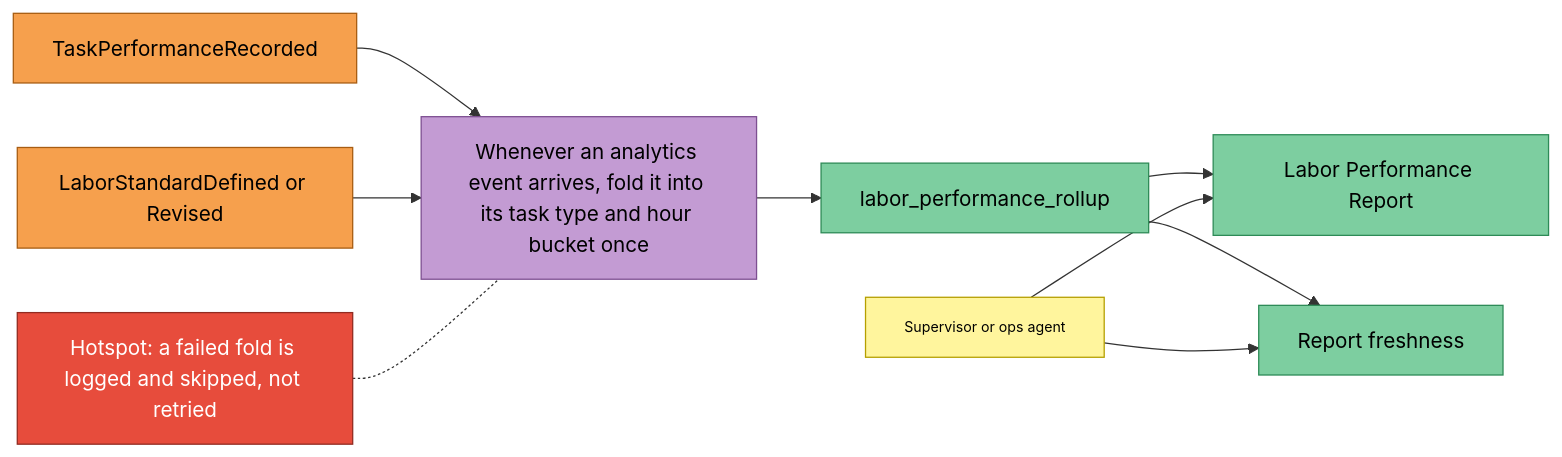
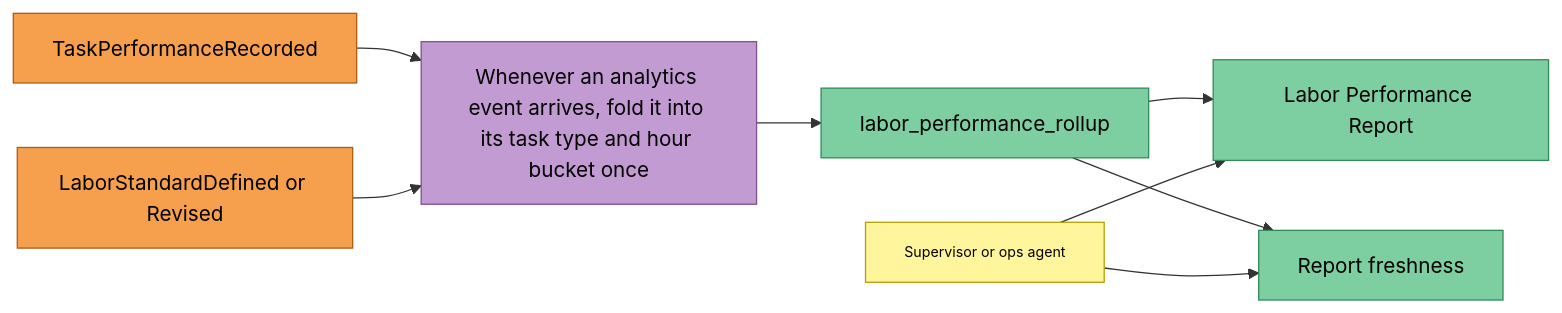
One commit to IQVO/labor-performance changed the fourth of 4 diagrams in docs/docs/ddd/eventstorming.md. Above: the diagram before and after it, drawn with Mermaid. The commit also changed other lines of this file and 44 other files, not shown here.

````diff
--- a/docs/docs/ddd/eventstorming.md
+++ b/docs/docs/ddd/eventstorming.md
@@ -167,29 +167,27 @@
 ```mermaid
 flowchart LR
     E1["TaskPerformanceRecorded"]:::event
     E2["LaborStandardDefined or Revised"]:::event
     P1["Whenever an analytics event arrives, fold it into its task type and hour bucket once"]:::policy
     RM1["labor_performance_rollup"]:::readmodel
     A1["Supervisor or ops agent"]:::actor
     RM2["Labor Performance Report"]:::readmodel
     RM3["Report freshness"]:::readmodel
-    H1["Hotspot: a failed fold is logged and skipped, not retried"]:::hotspot
 
     E1 --> P1
     E2 --> P1
     P1 --> RM1
     RM1 --> RM2
     RM1 --> RM3
     A1 --> RM2
     A1 --> RM3
-    H1 -.- P1
 
     classDef actor fill:#fff59d,stroke:#b59f00,color:#000,font-size:11px;
     classDef command fill:#4aa3df,stroke:#1f6f9f,color:#000;
     classDef aggregate fill:#f7d84a,stroke:#a68b00,color:#000;
     classDef event fill:#f6a04d,stroke:#a85d12,color:#000;
     classDef policy fill:#c39bd3,stroke:#7d4f91,color:#000;
     classDef readmodel fill:#7dcea0,stroke:#2e8b57,color:#000;
     classDef external fill:#f1948a,stroke:#a93226,color:#000;
     classDef hotspot fill:#e74c3c,stroke:#922b21,color:#fff;
 ```
````
